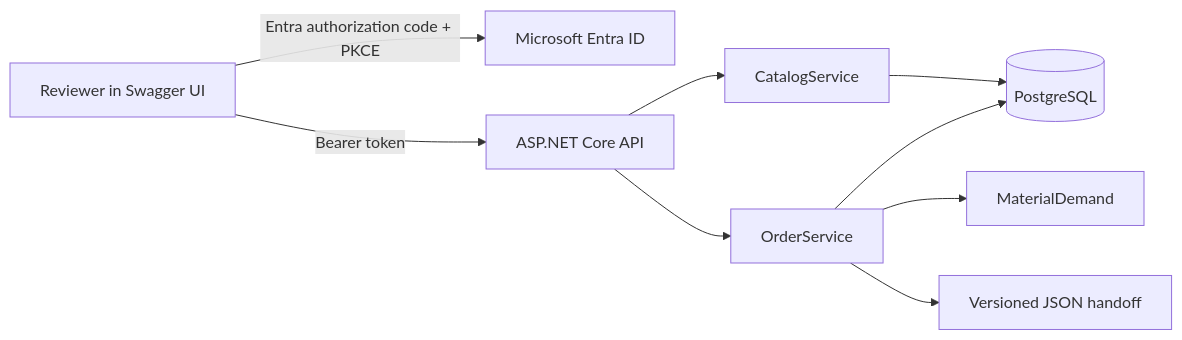
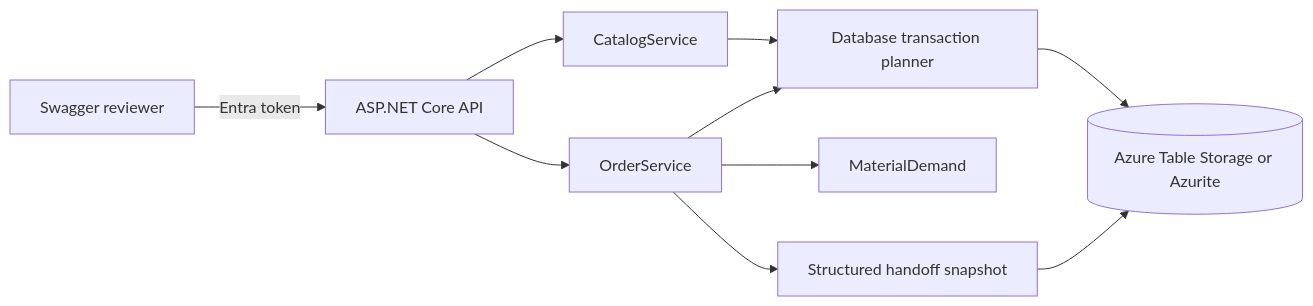
The diagram in README.md (Zergie/Coding-Challenge), drawn with Mermaid before and after one commit. The commit also changed other lines of this file and 17 other files, not shown here.

Commit message:
Switch persistence to Azure Table Storage and Azurite

````diff
--- a/README.md
+++ b/README.md
@@ -7,11 +7,12 @@
 ```mermaid
 flowchart LR
-    Reviewer[Reviewer in Swagger UI] -->|Entra authorization code + PKCE| Entra[Microsoft Entra ID]
-    Reviewer -->|Bearer token| API[ASP.NET Core API]
+    Reviewer[Swagger reviewer] -->|Entra token| API[ASP.NET Core API]
     API --> Catalog[CatalogService]
     API --> Orders[OrderService]
-    Catalog --> DB[(PostgreSQL)]
+    Catalog --> Store[Database transaction planner]
     Orders --> Demand[MaterialDemand]
-    Orders --> DB
-    Orders --> Handoff[Versioned JSON handoff]
+    Orders --> Store
+    Store --> Tables[(Azure Table Storage or Azurite)]
+    Orders --> Snapshot[Structured handoff snapshot]
+    Snapshot --> Tables
 ```
````
